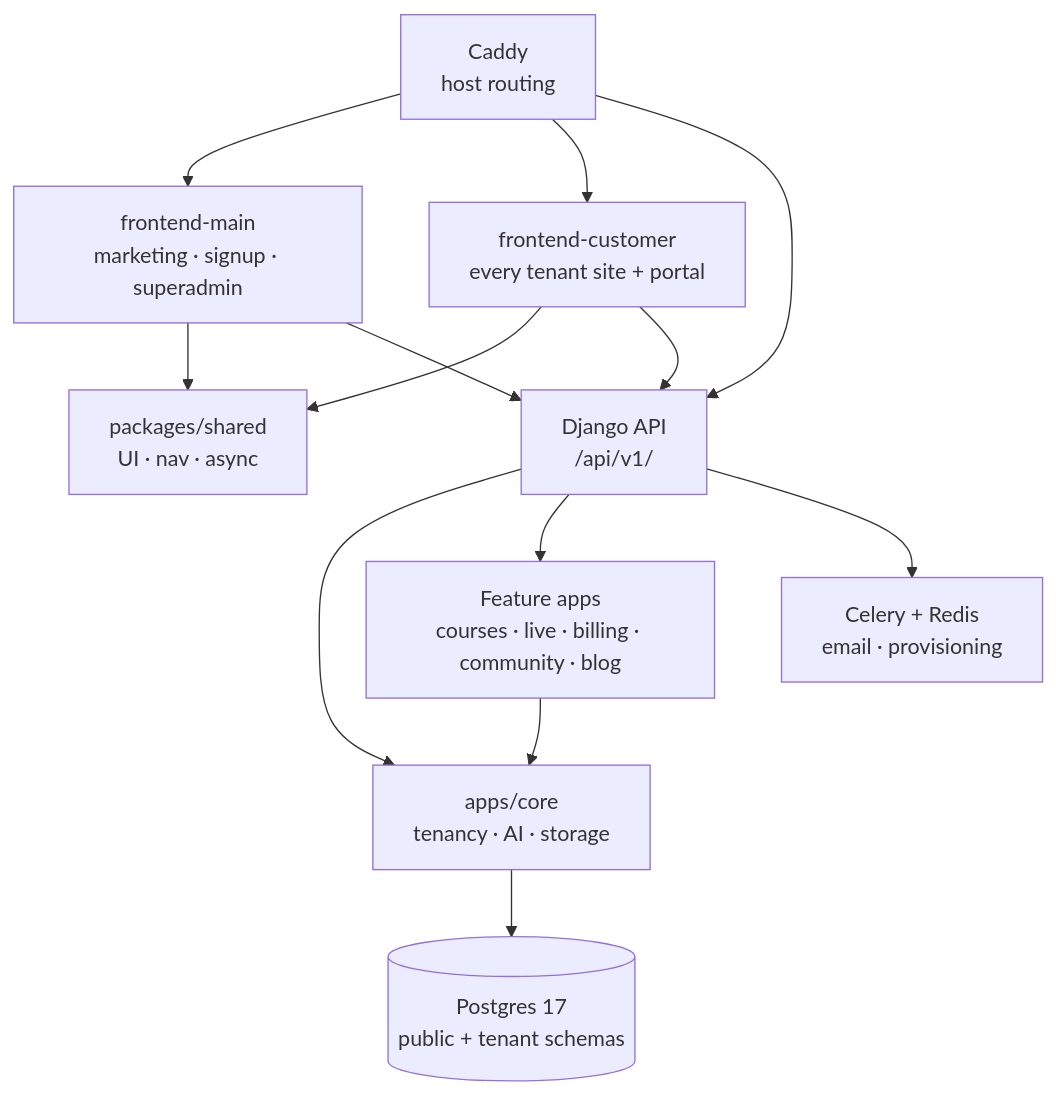
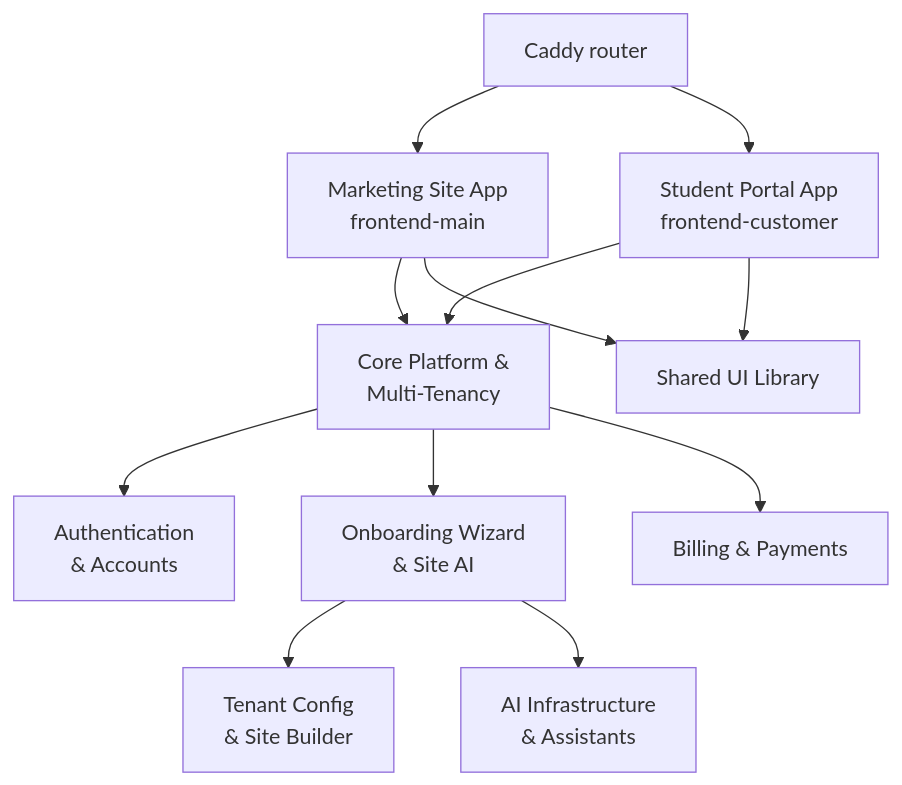
Before and after one commit to tahayusufkomur/contentor: the diagram in docs/wiki/overview.md, drawn with Mermaid. The commit also changed other lines of this file and 2 other files, not shown here.

````diff
--- a/docs/wiki/overview.md
+++ b/docs/wiki/overview.md
@@ -11,25 +11,14 @@
 ```mermaid
-graph TB
-    Caddy[Caddy<br/>host routing]
-    Main[frontend-main<br/>marketing · signup · superadmin]
-    Customer[frontend-customer<br/>every tenant site + portal]
-    Shared[packages/shared<br/>UI · nav · async]
-    Django[Django API<br/>/api/v1/]
-    Core[apps/core<br/>tenancy · AI · storage]
-    Features[Feature apps<br/>courses · live · billing · community · blog]
-    Celery[Celery + Redis<br/>email · provisioning]
-    PG[(Postgres 17<br/>public + tenant schemas)]
-
-    Caddy --> Main
-    Caddy --> Customer
-    Caddy --> Django
-    Main --> Shared
-    Customer --> Shared
-    Main --> Django
-    Customer --> Django
-    Django --> Core
-    Django --> Features
-    Features --> Core
-    Django --> Celery
-    Core --> PG
+graph TD
+    Caddy[Caddy router] --> Marketing[Marketing Site App<br/>frontend-main]
+    Caddy --> Portal[Student Portal App<br/>frontend-customer]
+    Marketing --> Core[Core Platform &<br/>Multi-Tenancy]
+    Portal --> Core
+    Core --> Auth[Authentication<br/>& Accounts]
+    Core --> Onboarding[Onboarding Wizard<br/>& Site AI]
+    Onboarding --> TenantConfig[Tenant Config<br/>& Site Builder]
+    Onboarding --> AI[AI Infrastructure<br/>& Assistants]
+    Core --> Billing[Billing & Payments]
+    Portal --> Shared[Shared UI Library]
+    Marketing --> Shared
 ```
````
